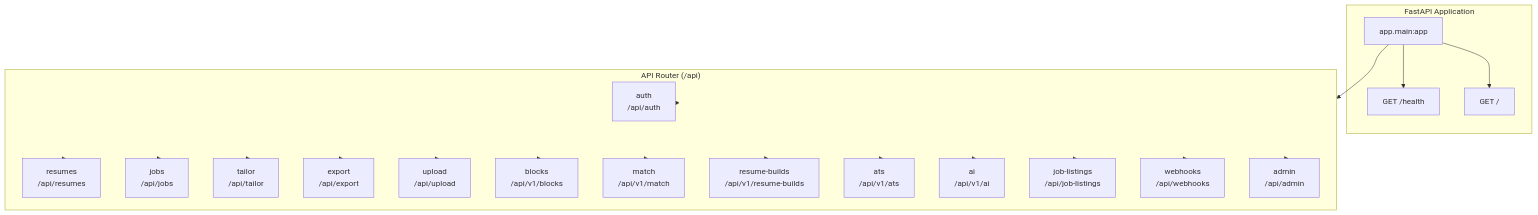
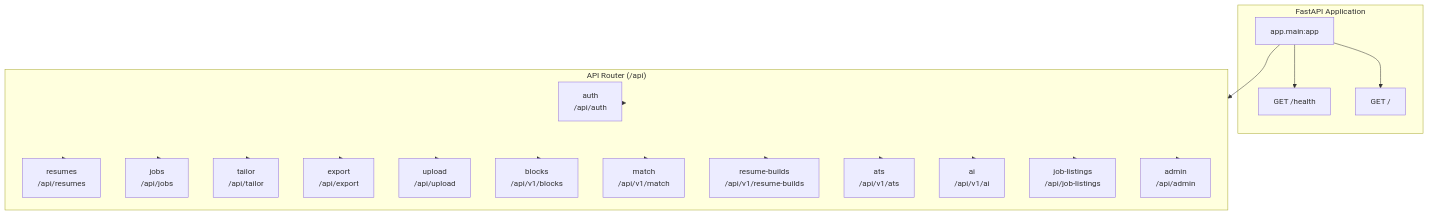
The third of 33 diagrams in docs/architecture/system-architecture.md (Sungchunn/AI-Resume-Tailor), drawn with Mermaid before and after one commit. The commit also changed other lines of this file and 6 other files, not shown here.

````diff
--- a/docs/architecture/system-architecture.md
+++ b/docs/architecture/system-architecture.md
@@ -174,44 +172,42 @@
 ```mermaid
 flowchart TB
     subgraph Main["FastAPI Application"]
         App["app.main:app"]
         Health["GET /health"]
         Root["GET /"]
     end
 
     subgraph APIRouter["API Router (/api)"]
         Auth["auth<br/>/api/auth"]
         Resumes["resumes<br/>/api/resumes"]
         Jobs["jobs<br/>/api/jobs"]
         Tailor["tailor<br/>/api/tailor"]
         Export["export<br/>/api/export"]
         Upload["upload<br/>/api/upload"]
         Blocks["blocks<br/>/api/v1/blocks"]
         Match["match<br/>/api/v1/match"]
         Builds["resume-builds<br/>/api/v1/resume-builds"]
         ATS["ats<br/>/api/v1/ats"]
         AIChat["ai<br/>/api/v1/ai"]
         Listings["job-listings<br/>/api/job-listings"]
-        Webhooks["webhooks<br/>/api/webhooks"]
         Admin["admin<br/>/api/admin"]
     end
 
     App --> Health
     App --> Root
     App --> APIRouter
 
     APIRouter --> Auth
     APIRouter --> Resumes
     APIRouter --> Jobs
     APIRouter --> Tailor
     APIRouter --> Export
     APIRouter --> Upload
     APIRouter --> Blocks
     APIRouter --> Match
     APIRouter --> Builds
     APIRouter --> ATS
     APIRouter --> AIChat
     APIRouter --> Listings
-    APIRouter --> Webhooks
     APIRouter --> Admin
 ```
````
